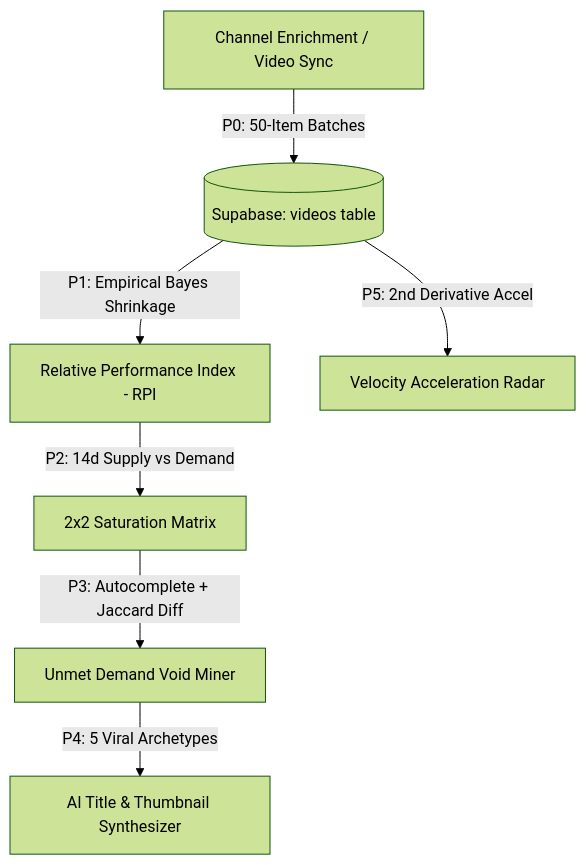
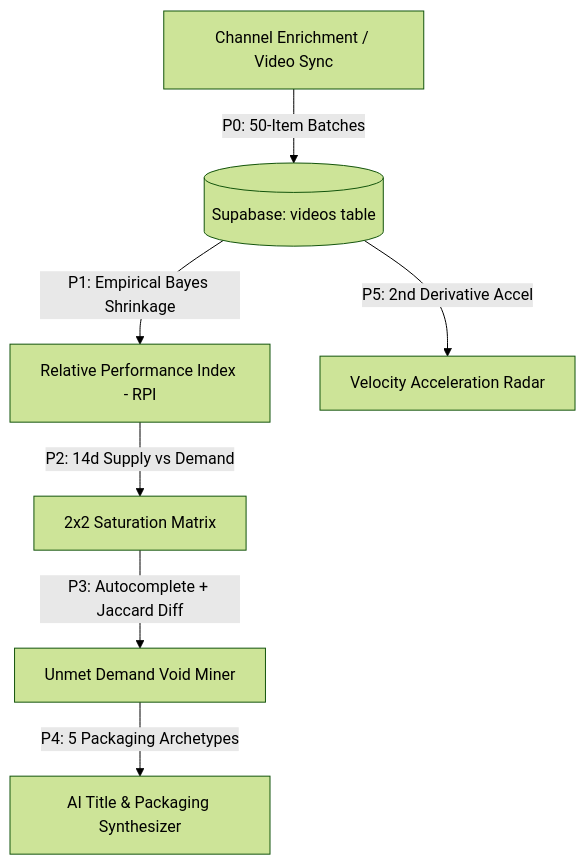
Before and after one commit to khuzaima175/Youtube-Data-Manager: the diagram in README.md, drawn with Mermaid (forest theme). The commit also changed other lines of this file, not shown here.

Commit message:
docs: update README with YT Tracker 2.0 Linear-grade UI architecture, palette, and features

````diff
--- a/README.md
+++ b/README.md
@@ -9,9 +9,9 @@
 ```mermaid
 graph TD
     A[Channel Enrichment / Video Sync] -->|P0: 50-Item Batches| B[(Supabase: videos table)]
     B -->|P1: Empirical Bayes Shrinkage| C[Relative Performance Index - RPI]
     C -->|P2: 14d Supply vs Demand| D[2x2 Saturation Matrix]
     D -->|P3: Autocomplete + Jaccard Diff| E[Unmet Demand Void Miner]
-    E -->|P4: 5 Viral Archetypes| F[AI Title & Thumbnail Synthesizer]
+    E -->|P4: 5 Packaging Archetypes| F[AI Title & Packaging Synthesizer]
     B -->|P5: 2nd Derivative Accel| G[Velocity Acceleration Radar]
 ```
````
